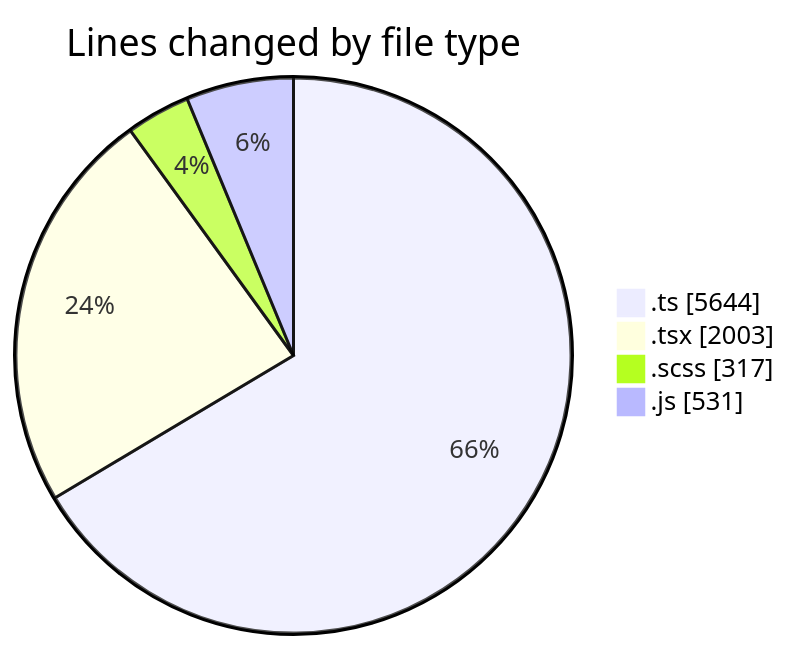
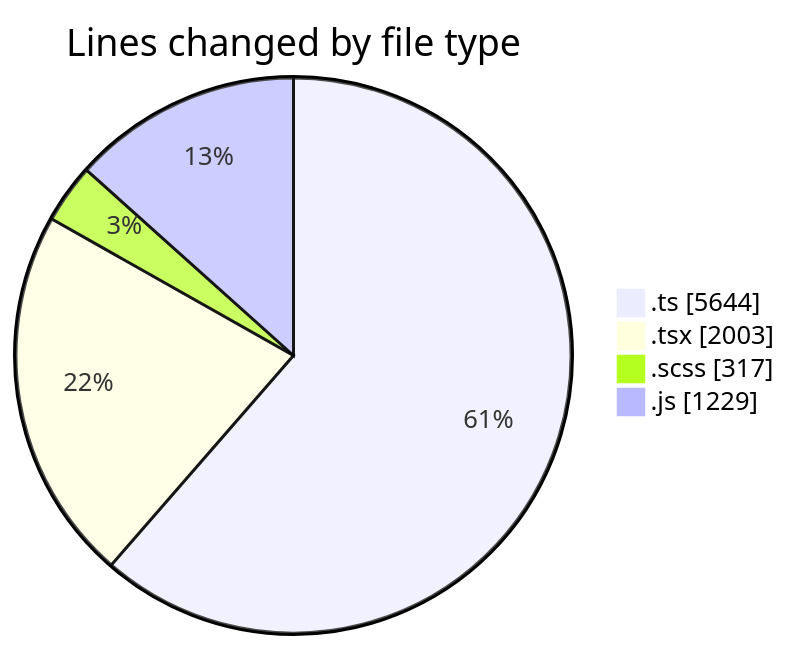
One commit to momahboobian/code-tracking changed the first of 2 diagrams in 2025-03-21/cda/README.md. Above: the diagram before and after it, drawn with Mermaid. The commit also changed other lines of this file and 1 other file, not shown here.

````diff
--- a/2025-03-21/cda/README.md
+++ b/2025-03-21/cda/README.md
@@ -40,8 +40,8 @@
 ```mermaid
 pie showData
 title Lines changed by file type
 ".ts" : 5644
 ".tsx" : 2003
 ".scss" : 317
-".js" : 531
+".js" : 1229
 ```
````
